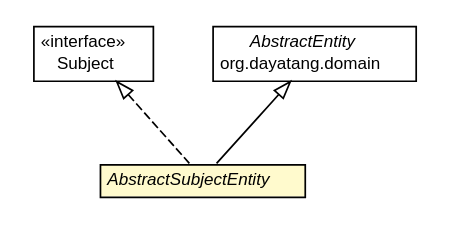
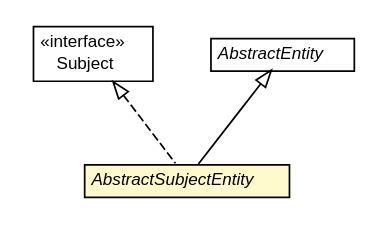
The diagram in dddlib-observer/apidocs/org/dayatang/observer/AbstractSubjectEntity.dot (dayatang/dddlib), drawn with Graphviz before and after one commit. The commit also changed 113 other files, not shown here.

```diff
--- a/dddlib-observer/apidocs/org/dayatang/observer/AbstractSubjectEntity.dot
+++ b/dddlib-observer/apidocs/org/dayatang/observer/AbstractSubjectEntity.dot
@@ -1,36 +1,35 @@
 #!/usr/local/bin/dot
 #
 # Class diagram 
 # Generated by UMLGraph version R5_6_6-8-g8d7759 (http://www.umlgraph.org/)
 #
 
 digraph G {
 	edge [fontname="Helvetica",fontsize=10,labelfontname="Helvetica",labelfontsize=10];
 	node [fontname="Helvetica",fontsize=10,shape=plaintext];
 	nodesep=0.25;
 	ranksep=0.5;
 	// org.dayatang.observer.Subject
-	c9 [label=<<table title="org.dayatang.observer.Subject" border="0" cellborder="1" cellspacing="0" cellpadding="2" port="p" href="./Subject.html">
+	c7 [label=<<table title="org.dayatang.observer.Subject" border="0" cellborder="1" cellspacing="0" cellpadding="2" port="p" href="./Subject.html">
 		<tr><td><table border="0" cellspacing="0" cellpadding="1">
 <tr><td align="center" balign="center"> &#171;interface&#187; </td></tr>
 <tr><td align="center" balign="center"> Subject </td></tr>
 		</table></td></tr>
 		</table>>, URL="./Subject.html", fontname="Helvetica", fontcolor="black", fontsize=10.0];
 	// org.dayatang.observer.AbstractSubjectEntity
-	c14 [label=<<table title="org.dayatang.observer.AbstractSubjectEntity" border="0" cellborder="1" cellspacing="0" cellpadding="2" port="p" bgcolor="lemonChiffon" href="./AbstractSubjectEntity.html">
+	c10 [label=<<table title="org.dayatang.observer.AbstractSubjectEntity" border="0" cellborder="1" cellspacing="0" cellpadding="2" port="p" bgcolor="lemonChiffon" href="./AbstractSubjectEntity.html">
 		<tr><td><table border="0" cellspacing="0" cellpadding="1">
 <tr><td align="center" balign="center"><font face="Helvetica-Oblique"> AbstractSubjectEntity </font></td></tr>
 		</table></td></tr>
 		</table>>, URL="./AbstractSubjectEntity.html", fontname="Helvetica", fontcolor="black", fontsize=10.0];
 	//org.dayatang.observer.AbstractSubjectEntity extends org.dayatang.domain.AbstractEntity
-	c19:p -> c14:p [dir=back,arrowtail=empty];
+	c12:p -> c10:p [dir=back,arrowtail=empty];
 	//org.dayatang.observer.AbstractSubjectEntity implements org.dayatang.observer.Subject
-	c9:p -> c14:p [dir=back,arrowtail=empty,style=dashed];
+	c7:p -> c10:p [dir=back,arrowtail=empty,style=dashed];
 	// org.dayatang.domain.AbstractEntity
-	c19 [label=<<table title="org.dayatang.domain.AbstractEntity" border="0" cellborder="1" cellspacing="0" cellpadding="2" port="p" href="http://java.sun.com/j2se/1.4.2/docs/api/org/dayatang/domain/AbstractEntity.html">
+	c12 [label=<<table title="org.dayatang.domain.AbstractEntity" border="0" cellborder="1" cellspacing="0" cellpadding="2" port="p">
 		<tr><td><table border="0" cellspacing="0" cellpadding="1">
 <tr><td align="center" balign="center"><font face="Helvetica-Oblique"> AbstractEntity </font></td></tr>
-<tr><td align="center" balign="center"> org.dayatang.domain </td></tr>
 		</table></td></tr>
-		</table>>, URL="http://java.sun.com/j2se/1.4.2/docs/api/org/dayatang/domain/AbstractEntity.html", fontname="Helvetica", fontcolor="black", fontsize=10.0];
+		</table>>, URL="null", fontname="Helvetica", fontcolor="black", fontsize=10.0];
 }
```
